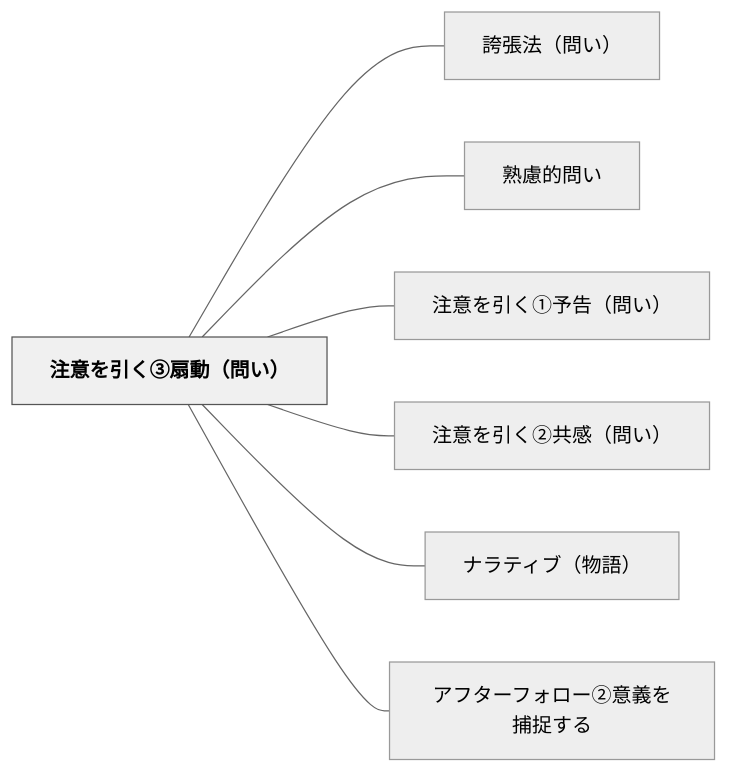
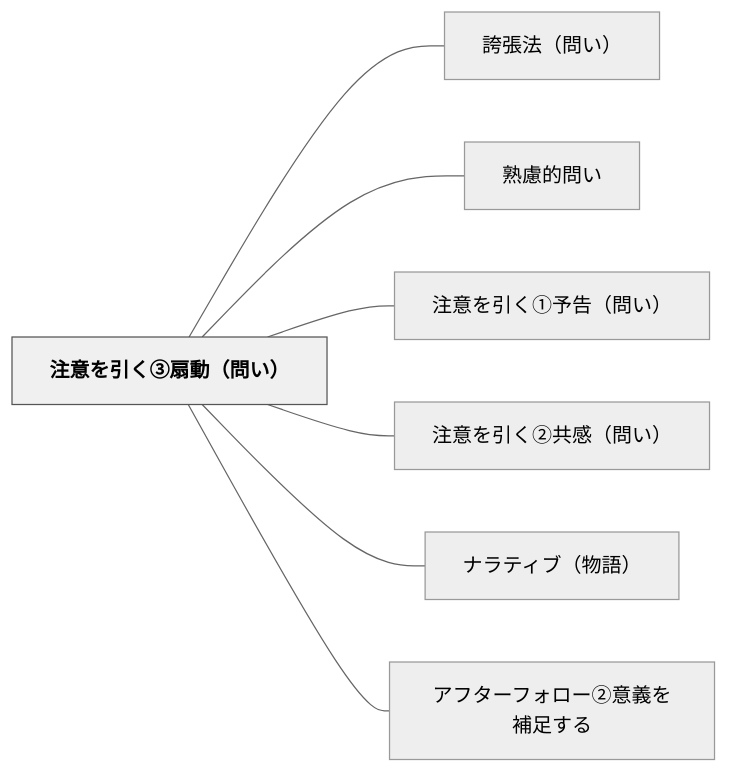
One commit to unknownthings-ed-patterns/unknownthings-ed-patterns changed the diagram in content/パタン/注意を引く③扇動（問い）.md. Above: the diagram before and after it, drawn with Mermaid (neutral theme). The commit also changed other lines of this file and 28 other files, not shown here.

````diff
--- a/content/パタン/注意を引く③扇動（問い）.md
+++ b/content/パタン/注意を引く③扇動（問い）.md
@@ -51,20 +51,20 @@
 ```mermaid
 flowchart LR
     ne6b3a8e6848fe38292e5bc95e3818fe291a2e68987e58b95efbc88e5958fe38184efbc89["注意を引く③扇動（問い）"]
     ne8aa87e5bcb5e6b395efbc88e5958fe38184efbc89["誇張法（問い）"]
     ne7869fe685aee79a84e5958fe38184["熟慮的問い"]
     ne6b3a8e6848fe38292e5bc95e3818fe291a0e4ba88e5918aefbc88e5958fe38184efbc89["注意を引く①予告（問い）"]
     ne6b3a8e6848fe38292e5bc95e3818fe291a1e585b1e6849fefbc88e5958fe38184efbc89["注意を引く②共感（問い）"]
     ne3838ae383a9e38386e382a3e38396efbc88e789a9e8aa9eefbc89["ナラティブ（物語）"]
-    ne382a2e38395e382bfe383bce38395e382a9e383ade383bce291a1e6848fe7bea9e38292e68d95e68d89e38199e3828b["アフターフォロー②意義を捕捉する"]
+    ne382a2e38395e382bfe383bce38395e382a9e383ade383bce291a1e6848fe7bea9e38292e8a39ce8b6b3e38199e3828b["アフターフォロー②意義を補足する"]
 
     ne6b3a8e6848fe38292e5bc95e3818fe291a2e68987e58b95efbc88e5958fe38184efbc89 --- ne8aa87e5bcb5e6b395efbc88e5958fe38184efbc89
     ne6b3a8e6848fe38292e5bc95e3818fe291a2e68987e58b95efbc88e5958fe38184efbc89 --- ne7869fe685aee79a84e5958fe38184
     ne6b3a8e6848fe38292e5bc95e3818fe291a2e68987e58b95efbc88e5958fe38184efbc89 --- ne6b3a8e6848fe38292e5bc95e3818fe291a0e4ba88e5918aefbc88e5958fe38184efbc89
     ne6b3a8e6848fe38292e5bc95e3818fe291a2e68987e58b95efbc88e5958fe38184efbc89 --- ne6b3a8e6848fe38292e5bc95e3818fe291a1e585b1e6849fefbc88e5958fe38184efbc89
     ne6b3a8e6848fe38292e5bc95e3818fe291a2e68987e58b95efbc88e5958fe38184efbc89 --- ne3838ae383a9e38386e382a3e38396efbc88e789a9e8aa9eefbc89
-    ne6b3a8e6848fe38292e5bc95e3818fe291a2e68987e58b95efbc88e5958fe38184efbc89 --- ne382a2e38395e382bfe383bce38395e382a9e383ade383bce291a1e6848fe7bea9e38292e68d95e68d89e38199e3828b
+    ne6b3a8e6848fe38292e5bc95e3818fe291a2e68987e58b95efbc88e5958fe38184efbc89 --- ne382a2e38395e382bfe383bce38395e382a9e383ade383bce291a1e6848fe7bea9e38292e8a39ce8b6b3e38199e3828b
 
     classDef hub fill:#f0f0f0,stroke:#555,color:#000,font-weight:bold
     class ne6b3a8e6848fe38292e5bc95e3818fe291a2e68987e58b95efbc88e5958fe38184efbc89 hub
 ```
````
